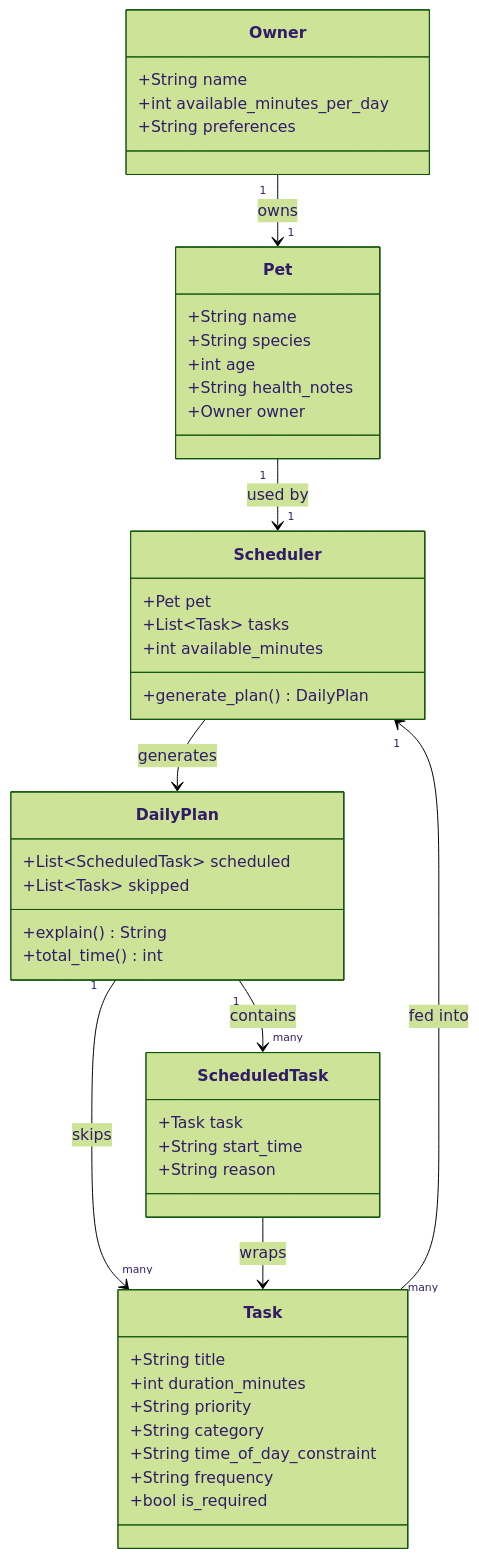
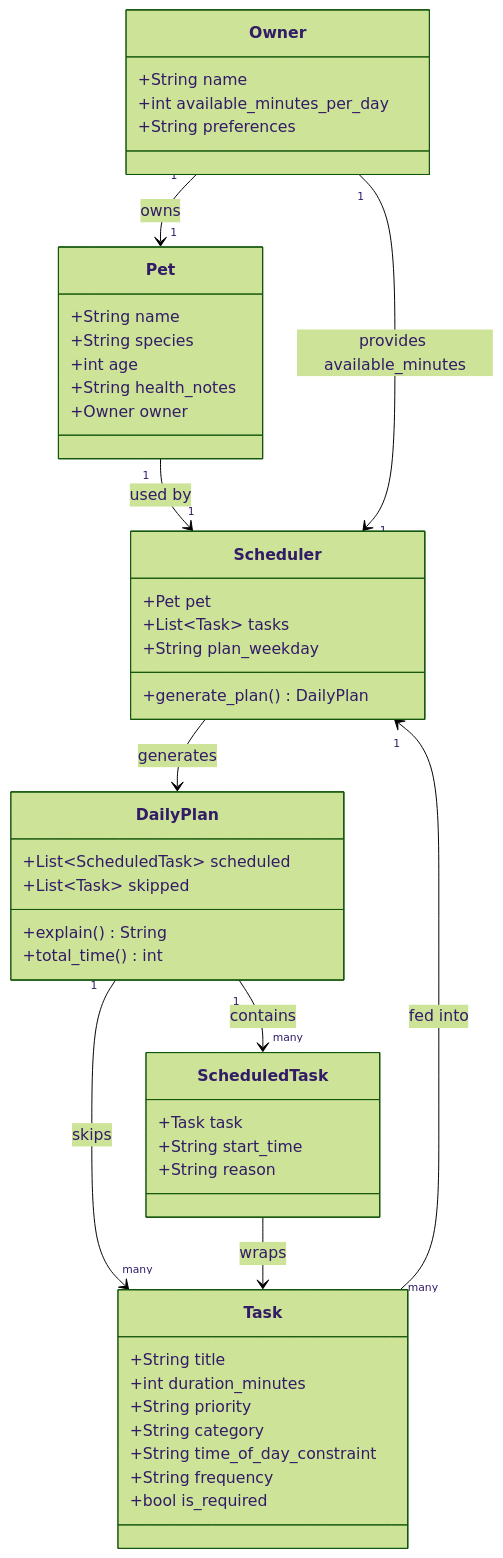
The diagram in uml.md (malikslam/ai110-module2show-pawpal-starter), drawn with Mermaid (forest theme) before and after one commit. The commit also changed 1 other file, not shown here.

Commit message:
update UML due to the recent fix

````diff
--- a/uml.md
+++ b/uml.md
@@ -1,54 +1,55 @@
 ```mermaid
 classDiagram
     class Owner {
         +String name
         +int available_minutes_per_day
         +String preferences
     }
 
     class Pet {
         +String name
         +String species
         +int age
         +String health_notes
         +Owner owner
     }
 
     class Task {
         +String title
         +int duration_minutes
         +String priority
         +String category
         +String time_of_day_constraint
         +String frequency
         +bool is_required
     }
 
     class Scheduler {
         +Pet pet
         +List~Task~ tasks
-        +int available_minutes
+        +String plan_weekday
         +generate_plan() DailyPlan
     }
 
     class DailyPlan {
         +List~ScheduledTask~ scheduled
         +List~Task~ skipped
         +explain() String
         +total_time() int
     }
 
     class ScheduledTask {
         +Task task
         +String start_time
         +String reason
     }
 
     Owner "1" --> "1" Pet : owns
     Pet "1" --> "1" Scheduler : used by
+    Owner "1" --> "1" Scheduler : provides available_minutes
     Task "many" --> "1" Scheduler : fed into
     Scheduler --> DailyPlan : generates
     DailyPlan "1" --> "many" ScheduledTask : contains
     DailyPlan "1" --> "many" Task : skips
     ScheduledTask --> Task : wraps
 ```
````
